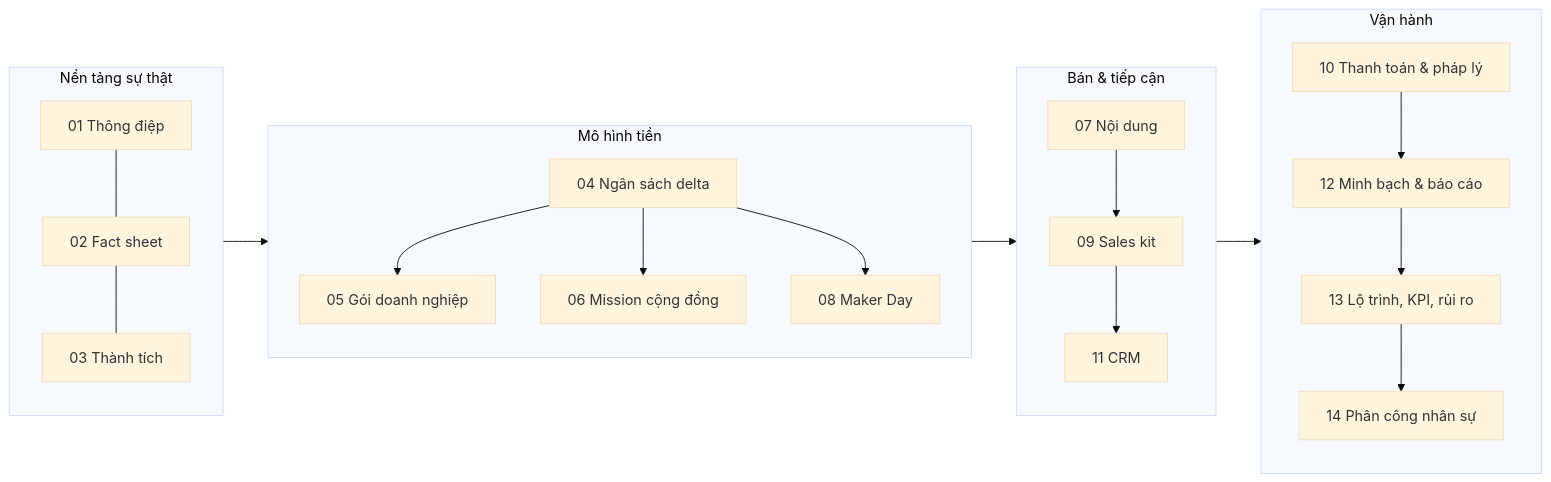
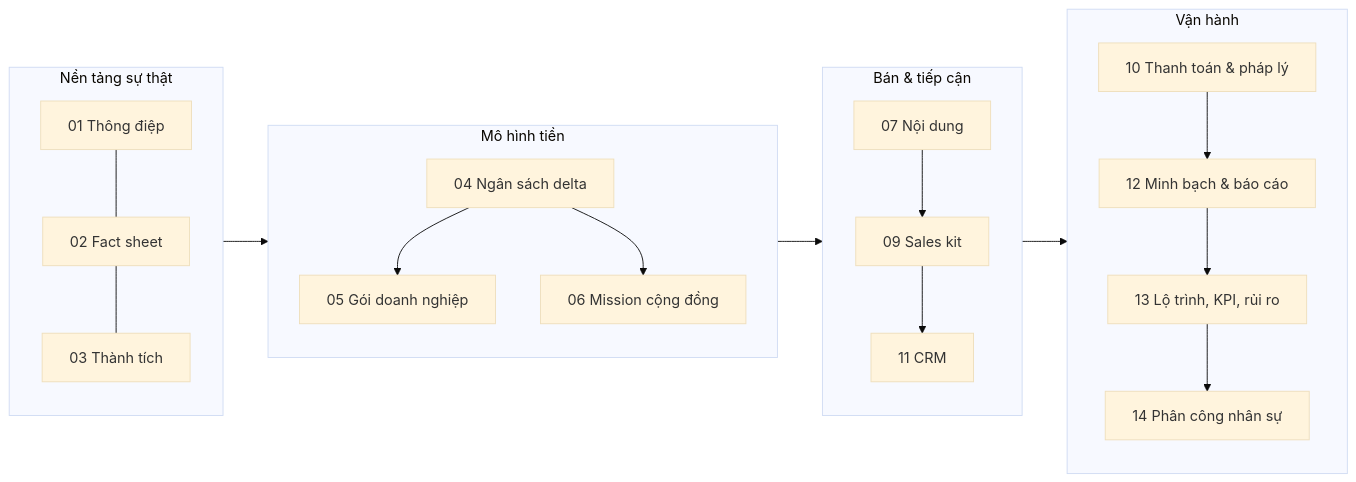
One commit to Minhmice/roboticssocson changed the diagram in docs/campaign-2026-2027/00-README.md. Above: the diagram before and after it, drawn with Mermaid (base theme). The commit also changed other lines of this file and 367 other files, not shown here.

````diff
--- a/docs/campaign-2026-2027/00-README.md
+++ b/docs/campaign-2026-2027/00-README.md
@@ -24,18 +23,17 @@
 ```mermaid
 flowchart LR
   subgraph Nền["Nền tảng sự thật"]
     F01[01 Thông điệp] --- F02[02 Fact sheet] --- F03[03 Thành tích]
   end
   subgraph Tiền["Mô hình tiền"]
     F04[04 Ngân sách delta] --> F05[05 Gói doanh nghiệp]
     F04 --> F06[06 Mission cộng đồng]
-    F04 --> F08[08 Maker Day]
   end
   subgraph Bán["Bán & tiếp cận"]
     F07[07 Nội dung] --> F09[09 Sales kit] --> F11[11 CRM]
   end
   subgraph VH["Vận hành"]
     F10[10 Thanh toán & pháp lý] --> F12[12 Minh bạch & báo cáo] --> F13[13 Lộ trình, KPI, rủi ro] --> F14[14 Phân công nhân sự]
   end
   Nền --> Tiền --> Bán --> VH
 ```
````
